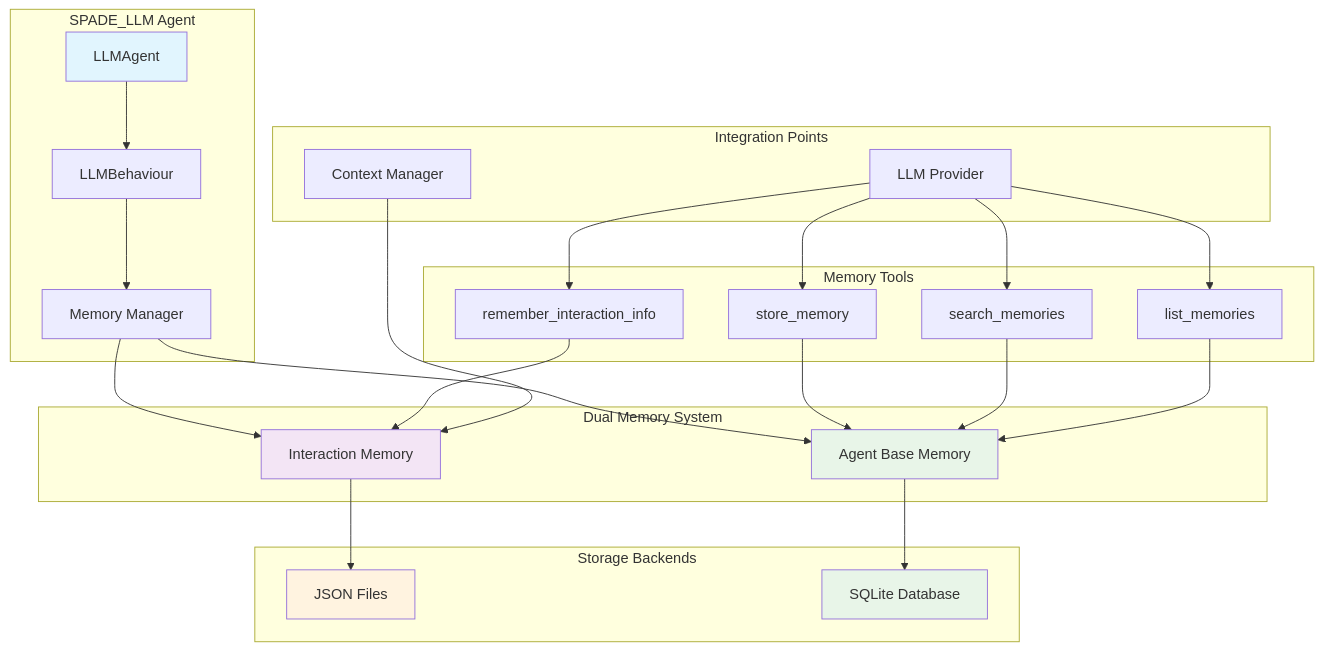
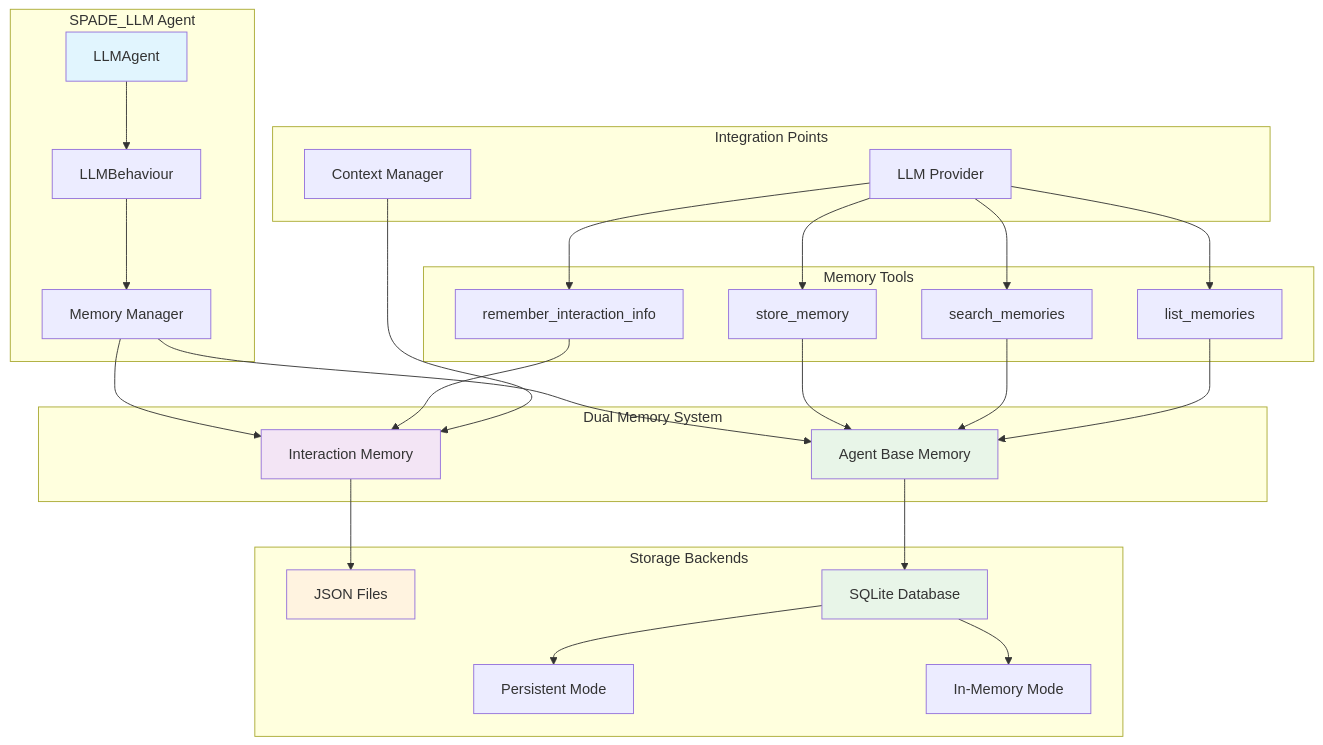
One commit to sosanzma/spade_llm changed the first of 12 diagrams in docs/docs/guides/memory-architecture.md. Above: the diagram before and after it, drawn with Mermaid. The commit also changed other lines of this file and 3 other files, not shown here.

````diff
--- a/docs/docs/guides/memory-architecture.md
+++ b/docs/docs/guides/memory-architecture.md
@@ -7,38 +7,40 @@
 ```mermaid
 graph TB
     subgraph "SPADE_LLM Agent"
         A[LLMAgent] --> B[LLMBehaviour]
         B --> C[Memory Manager]
     end
     
     subgraph "Dual Memory System"
         C --> D[Interaction Memory]
         C --> E[Agent Base Memory]
     end
     
     subgraph "Storage Backends"
         D --> F[JSON Files]
         E --> G[SQLite Database]
+        G --> G1[Persistent Mode]
+        G --> G2[In-Memory Mode]
     end
     
     subgraph "Memory Tools"
         H[remember_interaction_info] --> D
         I[store_memory] --> E
         J[search_memories] --> E
         K[list_memories] --> E
     end
     
     subgraph "Integration Points"
         L[Context Manager] --> D
         M[LLM Provider] --> H
         M --> I
         M --> J
         M --> K
     end
     
     style A fill:#e1f5fe
     style D fill:#f3e5f5
     style E fill:#e8f5e8
     style F fill:#fff3e0
     style G fill:#e8f5e8
 ```
````
